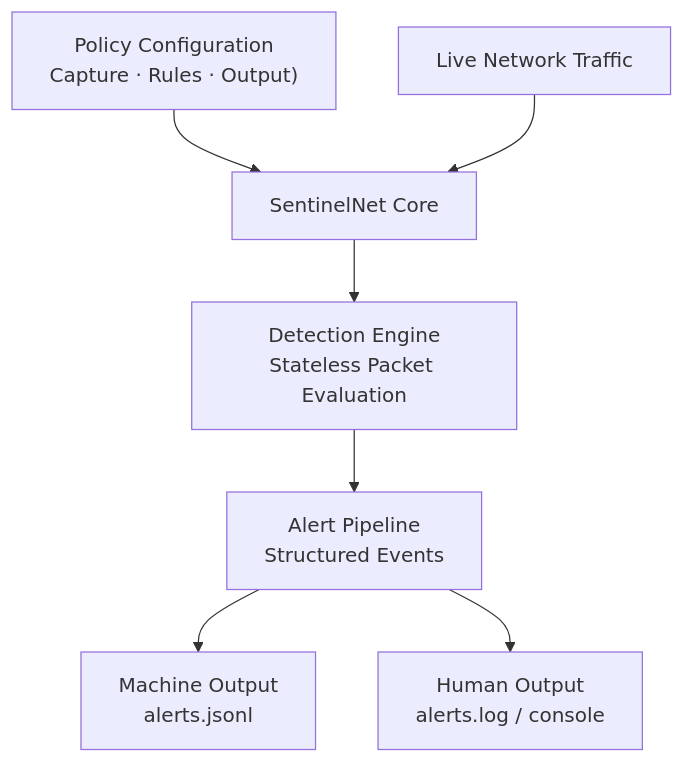
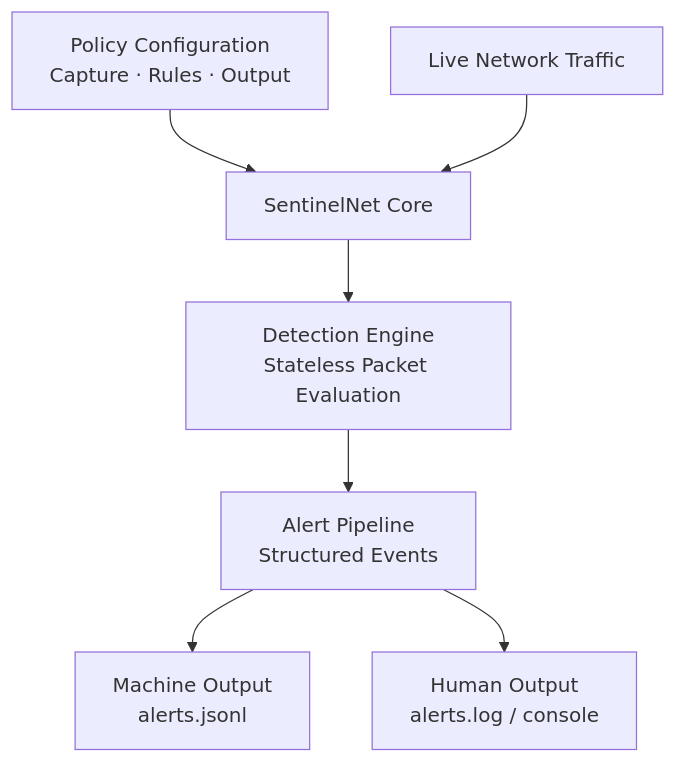
One commit to VenalityXT/SentinelNet changed the diagram in README.md. Above: the diagram before and after it, drawn with Mermaid.

````diff
--- a/README.md
+++ b/README.md
@@ -31,12 +31,12 @@
 ```mermaid
 flowchart TB
-    A["Policy Configuration<br/>Capture · Rules · Output)"] --> B["SentinelNet Core"]
+    A["Policy Configuration<br/>Capture · Rules · Output"] --> B["SentinelNet Core"]
 
     B --> C["Detection Engine<br/>Stateless Packet Evaluation"]
     C --> D["Alert Pipeline<br/>Structured Events"]
 
     D --> E1["Machine Output<br/>alerts.jsonl"]
     D --> E2["Human Output<br/>alerts.log / console"]
 
     F["Live Network Traffic"] --> B
 ```
````
